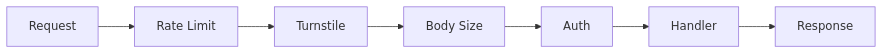
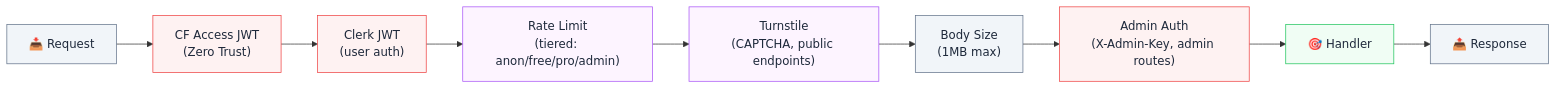
Diagram 13 of 19 in docs/development/ARCHITECTURE.md (jaypatrick/adblock-compiler), drawn with Mermaid before and after one commit. The commit also changed other lines of this file, not shown here.

First line of the commit message:
docs: refresh ARCHITECTURE.md with current architecture, full diagram coverage, and color coding (#1100)

````diff
--- a/docs/development/ARCHITECTURE.md
+++ b/docs/development/ARCHITECTURE.md
@@ -459,9 +620,26 @@
 ```mermaid
 flowchart LR
-    REQ["Request"] --> RL["Rate Limit"]
-    RL --> TS["Turnstile"]
-    TS --> BS["Body Size"]
-    BS --> AUTH["Auth"]
-    AUTH --> H["Handler"]
-    H --> RESP["Response"]
+    classDef auth fill:#fef2f2,stroke:#ef4444,color:#1e293b
+    classDef security fill:#fdf4ff,stroke:#a855f7,color:#1e293b
+    classDef infra fill:#f1f5f9,stroke:#64748b,color:#1e293b
+    classDef handler fill:#f0fdf4,stroke:#22c55e,color:#1e293b
+
+    REQ["📥 Request"]:::infra
+    CFAC["CF Access JWT\n(Zero Trust)"]:::auth
+    CJW["Clerk JWT\n(user auth)"]:::auth
+    RL["Rate Limit\n(tiered: anon/free/pro/admin)"]:::security
+    TS["Turnstile\n(CAPTCHA, public endpoints)"]:::security
+    BS["Body Size\n(1MB max)"]:::infra
+    AA["Admin Auth\n(X-Admin-Key, admin routes)"]:::auth
+    H["🎯 Handler"]:::handler
+    RESP["📤 Response"]:::infra
+
+    REQ --> CFAC
+    CFAC --> CJW
+    CJW --> RL
+    RL --> TS
+    TS --> BS
+    BS --> AA
+    AA --> H
+    H --> RESP
 ```
````
